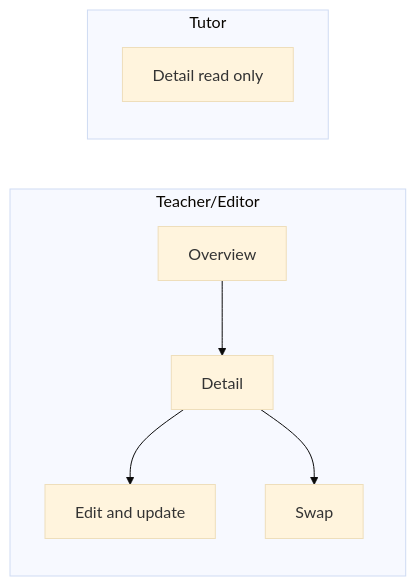
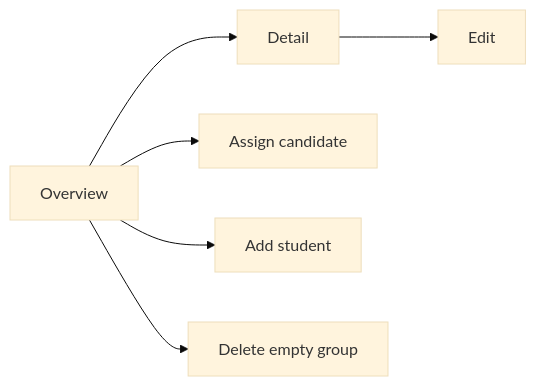
One commit to MaMpf-HD/mampf changed the third of 6 diagrams in architecture/src/features/12-views.md. Above: the diagram before and after it, drawn with Mermaid (base theme). The commit also changed other lines of this file and 16 other files, not shown here.

````diff
--- a/architecture/src/features/12-views.md
+++ b/architecture/src/features/12-views.md
@@ -280,11 +249,8 @@
 ```mermaid
 flowchart LR
-  subgraph "Teacher/Editor"
-    OVR[Overview] --> DET[Detail]
-    DET --> EDIT[Edit and update]
-    DET --> SWAP[Swap]
-  end
-  subgraph "Tutor"
-    DETR[Detail read only]
-  end
+  OVR[Overview] --> DET[Detail]
+  DET --> EDITR[Edit]
+  OVR --> ASSIGN[Assign candidate]
+  OVR --> ADD[Add student]
+  OVR --> DELETE[Delete empty group]
 ```
````
